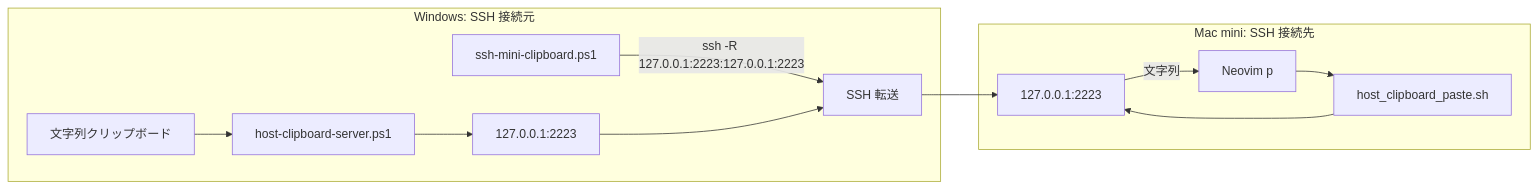
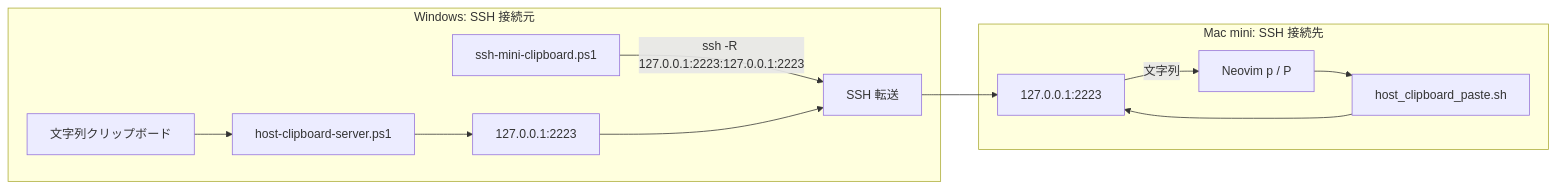
Before and after one commit to t-akira012/dotfiles: the seventh of 7 diagrams in adr/0001-ssh-tmux-clipboard-osc52.md, drawn with Mermaid. The commit also changed other lines of this file and 2 other files, not shown here.

Commit message:
Route both Neovim put keys by SSH client

````diff
--- a/adr/0001-ssh-tmux-clipboard-osc52.md
+++ b/adr/0001-ssh-tmux-clipboard-osc52.md
@@ -202,14 +202,14 @@
 ```mermaid
 flowchart LR
   subgraph HOST["Windows: SSH 接続元"]
     WC["文字列クリップボード"] --> PS["host-clipboard-server.ps1"]
     PS --> WL["127.0.0.1:2223"]
     SSH["ssh-mini-clipboard.ps1"] -->|"ssh -R 127.0.0.1:2223:127.0.0.1:2223"| WF["SSH 転送"]
   end
   subgraph REMOTE["Mac mini: SSH 接続先"]
-    NP["Neovim p"] --> HP["host_clipboard_paste.sh"]
+    NP["Neovim p / P"] --> HP["host_clipboard_paste.sh"]
     HP --> RL["127.0.0.1:2223"]
   end
   WL --> WF --> RL
   RL -->|"文字列"| NP
 ```
````
